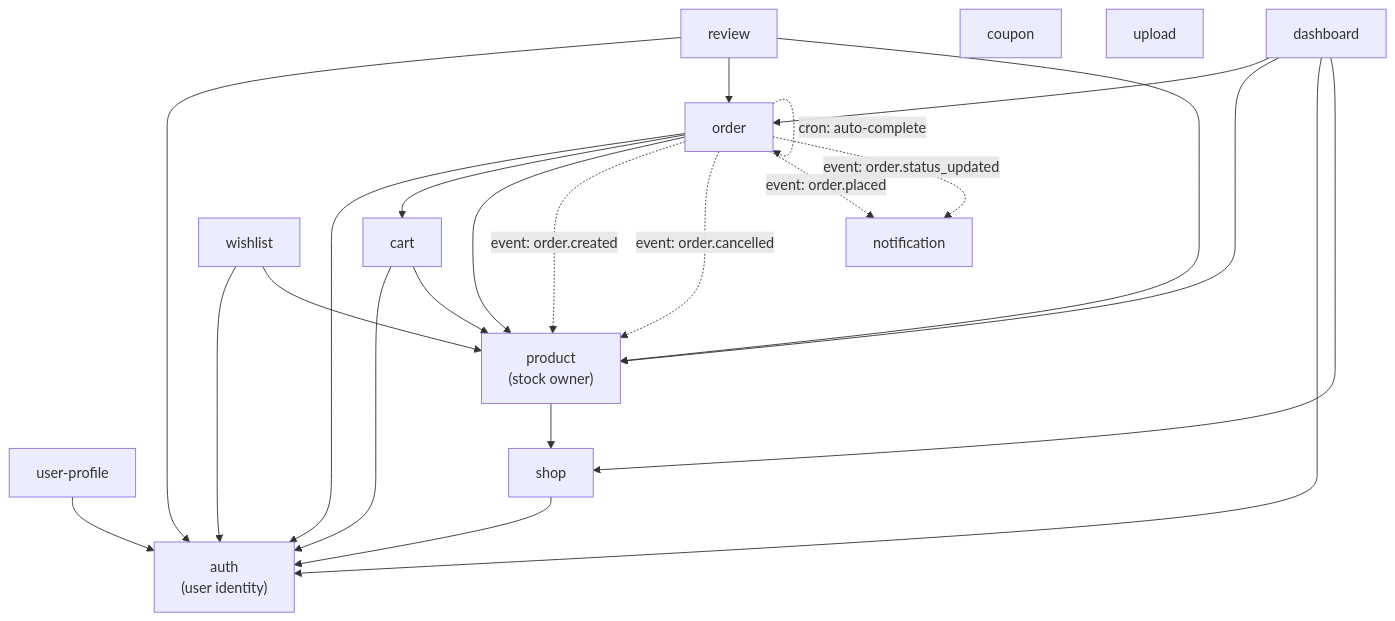
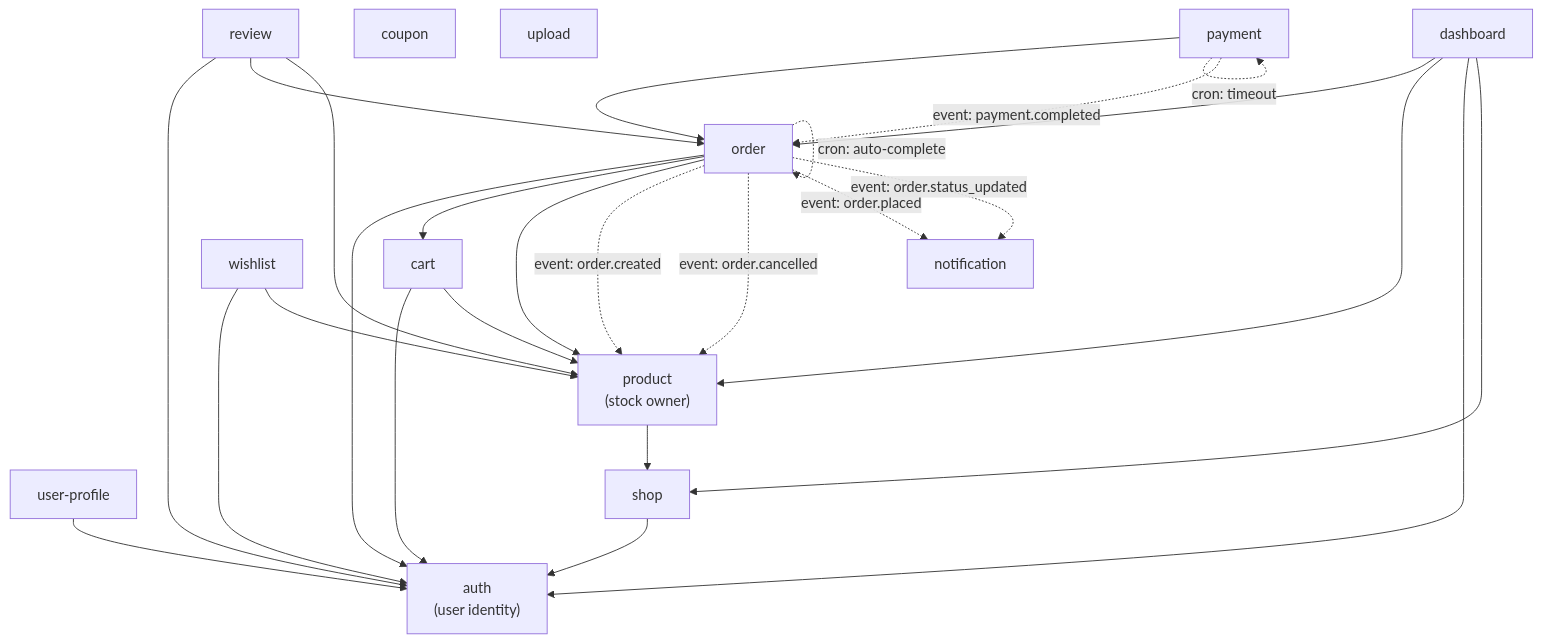
The third of 3 diagrams in backend-nestjs/docs/BE-ARCHITECTURE.md (Hy-Khang/E-commerce-shop-Amazon-), drawn with Mermaid before and after one commit. The commit also changed other lines of this file and 46 other files, not shown here.

Commit message:
feat: implement full payment integration supporting VNPay and MoMo gateways with transaction tracking and order state synchronization

````diff
--- a/backend-nestjs/docs/BE-ARCHITECTURE.md
+++ b/backend-nestjs/docs/BE-ARCHITECTURE.md
@@ -164,31 +166,35 @@
 ```mermaid
 graph TD
     Auth["auth<br/>(user identity)"]
     UP["user-profile"] --> Auth
     Shop["shop"] --> Auth
     Cart["cart"] --> Auth
     Cart --> Product["product<br/>(stock owner)"]
     Product --> Shop
     Order["order"] --> Auth
     Order --> Cart
     Order --> Product
     Review["review"] --> Auth
     Review --> Order
     Review --> Product
 
     Wishlist["wishlist"] --> Auth
     Wishlist --> Product
     Coupon["coupon"]
     Upload["upload"]
     Dashboard["dashboard"] --> Order
     Dashboard --> Product
     Dashboard --> Auth
     Dashboard --> Shop
 
+    Payment["payment"] --> Order
+    Payment -.->|event: payment.completed| Order
+
     Order -.->|event: order.created| Product
     Order -.->|event: order.cancelled| Product
     Order -.->|event: order.placed| Notification["notification"]
     Order -.->|event: order.status_updated| Notification
     Order -.->|cron: auto-complete| Order
+    Payment -.->|cron: timeout| Payment
 
 ```
````
